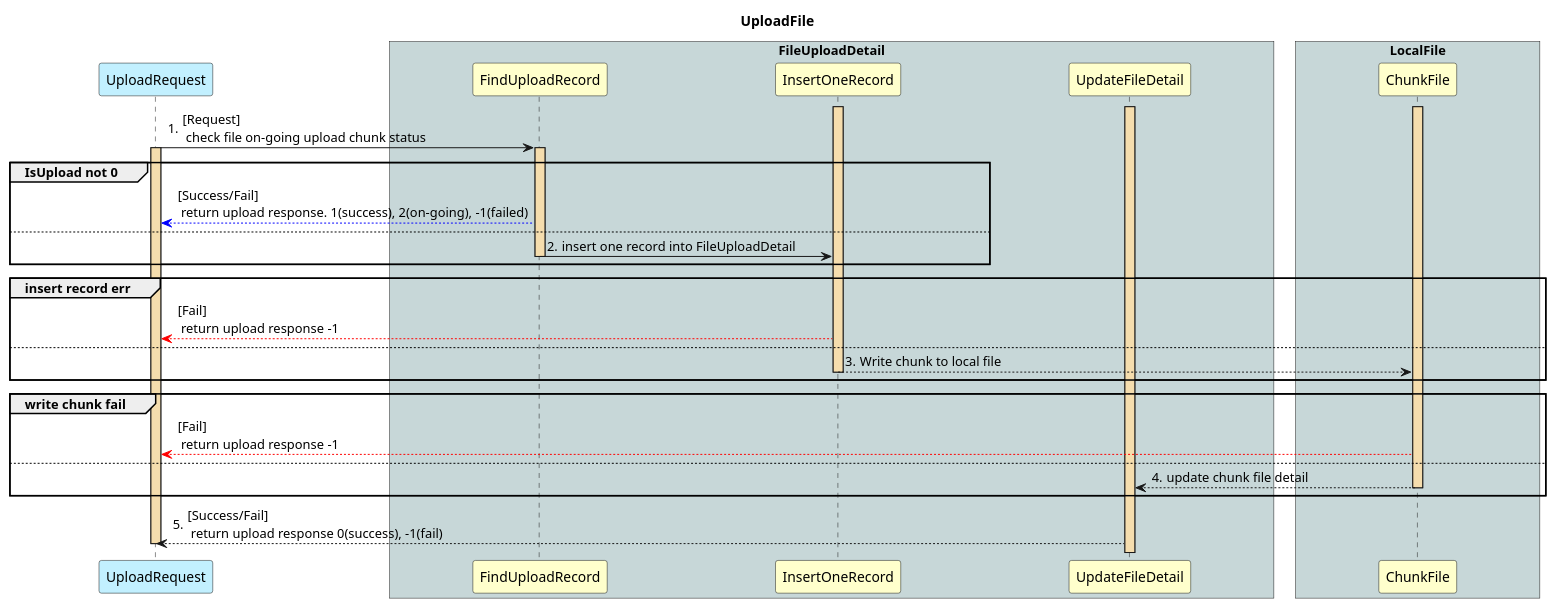
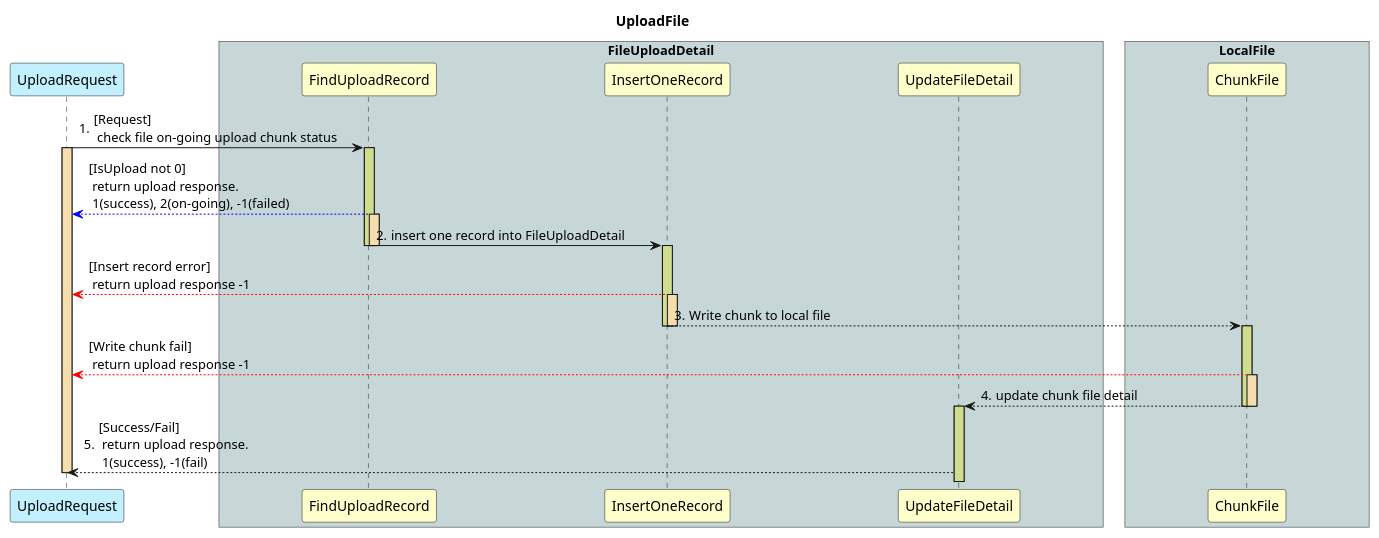
Before and after one commit to jim0409/go-third-party: the diagram in file_upload/chunk_upload/doc/upload_flow.puml, drawn with PlantUML. The commit also changed 4 other files, not shown here.

First line of the commit message:
misc: modify puml flow and check merge file mechanism

```diff
--- a/file_upload/chunk_upload/doc/upload_flow.puml
+++ b/file_upload/chunk_upload/doc/upload_flow.puml
@@ -1,62 +1,59 @@
 @startuml
 
 title UploadFile
 
 skinparam ParticipantPadding 80
 skinparam BoxPadding 10
 
 participant "UploadRequest" as UploadRequest #APPLICATION
 
 box "FileUploadDetail" #C7D7D8
 participant "FindUploadRecord" as FindUploadRecord #BUSINESS
 participant "InsertOneRecord" as InsertOneRecord #BUSINESS
 participant "UpdateFileDetail" as UpdateFileDetail #BUSINESS
 end box
 
 box "LocalFile" #C7D7D8
 participant "ChunkFile" as ChunkFile #BUSINESS
 end box
 
 autonumber "0."
 
 ' below flow would ignor trival check;e.g. query param check
 UploadRequest -> FindUploadRecord : [Request]\n check file on-going upload chunk status
 activate UploadRequest #F5DDAD
 
 
-group IsUpload not 0
-    autonumber stop
-    activate FindUploadRecord #F5DDAD
-    FindUploadRecord -[#blue]-> UploadRequest : [Success/Fail]\n return upload response. 1(success), 2(on-going), -1(failed)
-    autonumber resume
-else
-    FindUploadRecord -> InsertOneRecord : insert one record into FileUploadDetail
-    deactivate FindUploadRecord
-end
+activate FindUploadRecord #CFDD8E
+autonumber stop
+FindUploadRecord -[#blue]-> UploadRequest : [IsUpload not 0]\n return upload response.\n 1(success), 2(on-going), -1(failed)
+autonumber resume
+activate FindUploadRecord #F5DDAD
+FindUploadRecord -> InsertOneRecord : insert one record into FileUploadDetail
+deactivate FindUploadRecord
+deactivate FindUploadRecord
 
-group insert record err
-    activate InsertOneRecord #F5DDAD
-    autonumber stop
-    InsertOneRecord  -[#red]-> UploadRequest : [Fail]\n return upload response -1
-    autonumber resume
-else
-    InsertOneRecord --> ChunkFile : Write chunk to local file
-    deactivate InsertOneRecord
-end
+activate InsertOneRecord #CFDD8E
+autonumber stop
+InsertOneRecord  -[#red]-> UploadRequest : [Insert record error]\n return upload response -1
+autonumber resume
+activate InsertOneRecord #F5DDAD
+InsertOneRecord --> ChunkFile : Write chunk to local file
+deactivate InsertOneRecord
+deactivate InsertOneRecord
 
-group write chunk fail
-    activate ChunkFile #F5DDAD
-    autonumber stop
-    ChunkFile -[#red]-> UploadRequest : [Fail]\n return upload response -1
-    autonumber resume
-else
-    ChunkFile --> UpdateFileDetail : update chunk file detail
-    deactivate ChunkFile
-end
+activate ChunkFile #CFDD8E
+autonumber stop
+ChunkFile -[#red]-> UploadRequest : [Write chunk fail]\n return upload response -1
+autonumber resume
+activate ChunkFile #F5DDAD
+ChunkFile --> UpdateFileDetail : update chunk file detail
+deactivate ChunkFile
+deactivate ChunkFile
 
-    activate UpdateFileDetail #F5DDAD
-    UpdateFileDetail --> UploadRequest : [Success/Fail]\n return upload response 0(success), -1(fail)
+activate UpdateFileDetail #CFDD8E
+UpdateFileDetail --> UploadRequest : [Success/Fail]\n return upload response.\n 1(success), -1(fail)
 
 deactivate UploadRequest
 
 @enduml
```
